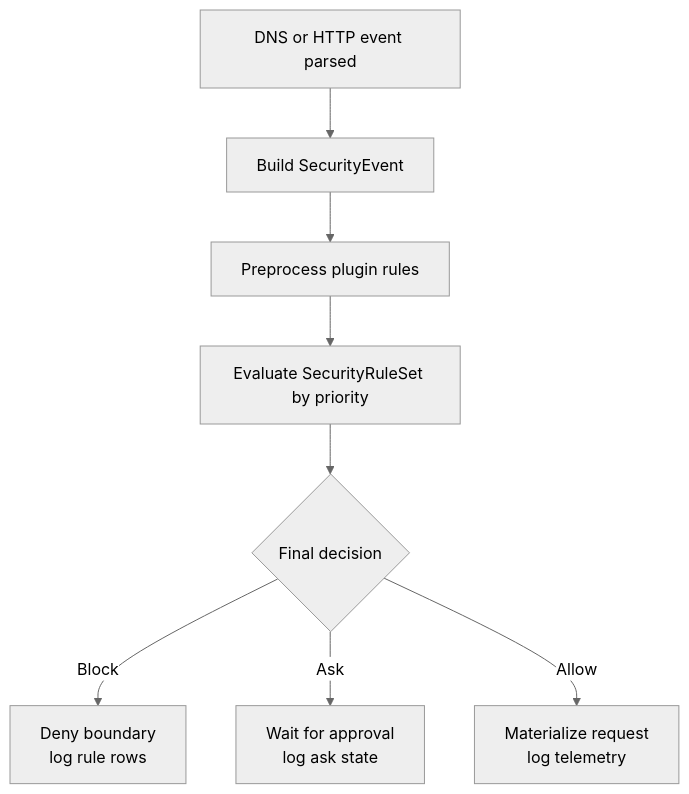
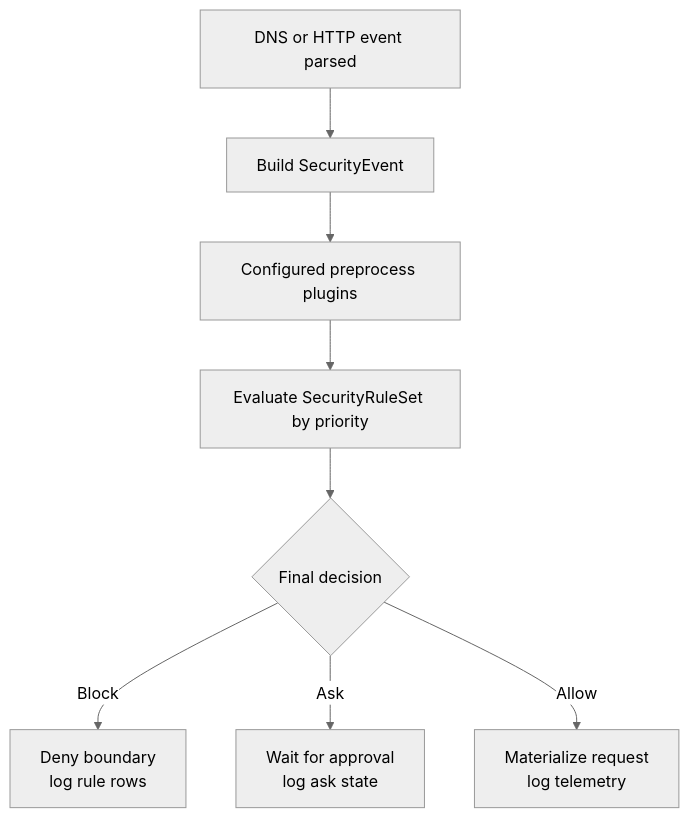
One commit to google/capsem changed the third of 3 diagrams in docs/src/content/docs/security/network-isolation.md. Above: the diagram before and after it, drawn with Mermaid (neutral theme). The commit also changed 38 other files, not shown here.

````diff
--- a/docs/src/content/docs/security/network-isolation.md
+++ b/docs/src/content/docs/security/network-isolation.md
@@ -98,10 +98,10 @@
 ```mermaid
 graph TD
     A["DNS or HTTP event parsed"] --> B["Build SecurityEvent"]
-    B --> C["Preprocess plugin rules"]
+    B --> C["Configured preprocess plugins"]
     C --> D["Evaluate SecurityRuleSet by priority"]
     D --> E{"Final decision"}
     E -->|Block| F["Deny boundary<br/>log rule rows"]
     E -->|Ask| G["Wait for approval<br/>log ask state"]
     E -->|Allow| H["Materialize request<br/>log telemetry"]
 ```
````
